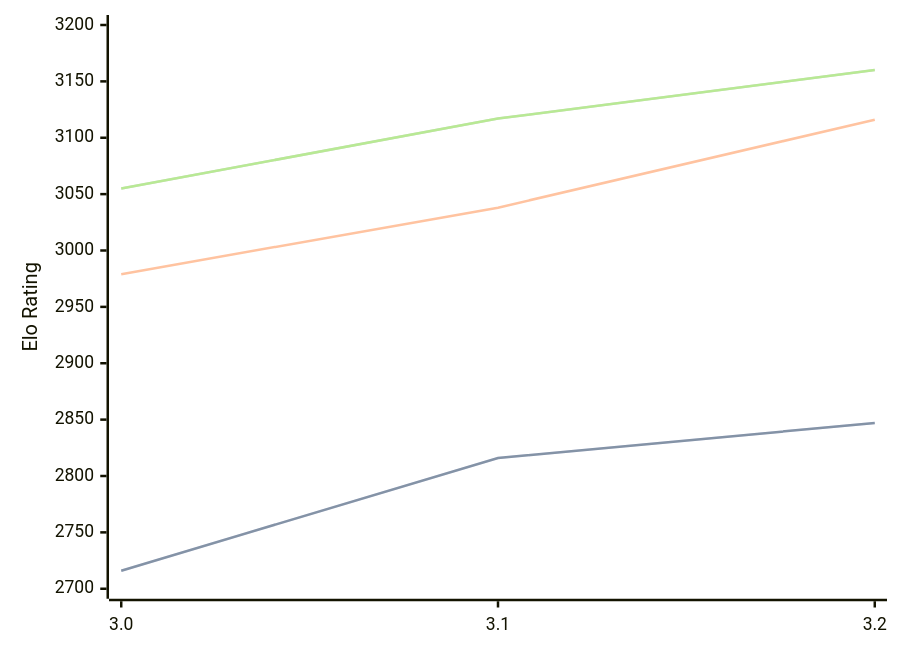
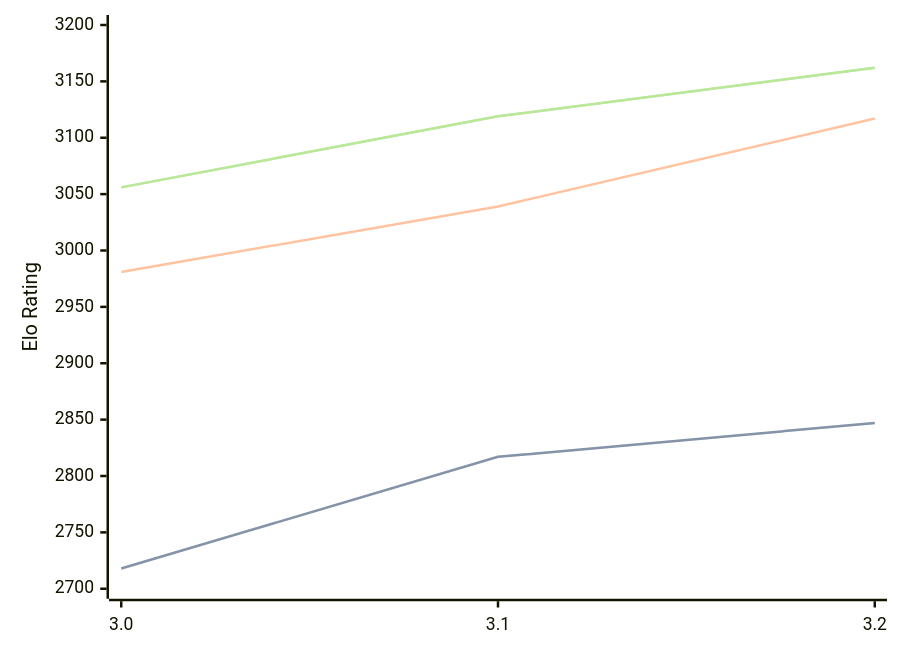
Before and after one commit to computer-chess-index/cci: the diagram in engines/Vajolet2.md, drawn with Mermaid. The commit also changed other lines of this file, not shown here.

Commit message:
Update CCI Ratings (ELO VLTC) - 2026-08-15

````diff
--- a/engines/Vajolet2.md
+++ b/engines/Vajolet2.md
@@ -33,11 +33,11 @@
 ```mermaid
 %%{init: {"theme":"base","themeVariables":{"seriesColors:['#a3a3a3','#222221','#faa371']}}}%%
 xychart-beta
   x-axis ["3.0", "3.1", "3.2"]
   y-axis "Elo Rating" 2700 --> 3200
-  line "STC (8.0+0.08s)" [2716, 2816, 2847]
-  line "STC (8.0+0.08s)" [2716, 2816, 2847]
-  line "LTC (60.0+0.60s)" [2979, 3038, 3116]
-  line "VLTC (2m24s+1.12s)" [3055, 3117, 3160]
-  line "VLTC (2m24s+1.12s)" [3055, 3117, 3160]
+  line "STC (8.0+0.08s)" [2718, 2817, 2847]
+  line "STC (8.0+0.08s)" [2718, 2817, 2847]
+  line "LTC (60.0+0.60s)" [2981, 3039, 3117]
+  line "VLTC (2m24s+1.12s)" [3056, 3119, 3162]
+  line "VLTC (2m24s+1.12s)" [3056, 3119, 3162]
 ```
````
